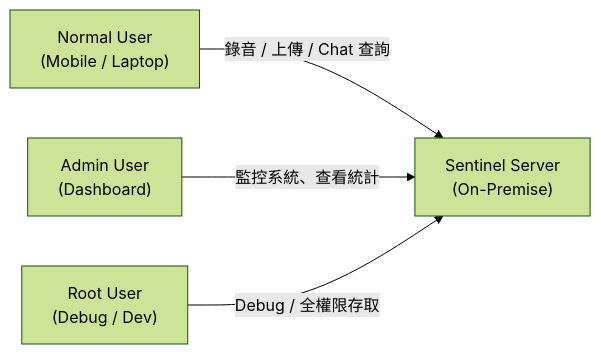
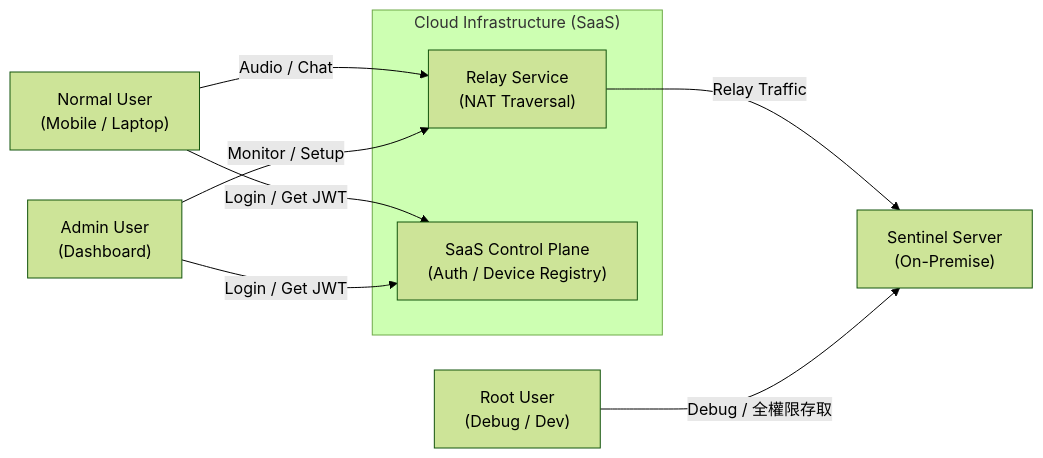
Before and after one commit to marychoucool/sentinelDesign: the diagram in contextDiagram.mmd, drawn with Mermaid (forest theme). The commit also changed 5 other files, not shown here.

Commit message:
decide relay tech. modify container diagram as relay change

```diff
--- a/contextDiagram.mmd
+++ b/contextDiagram.mmd
@@ -1,13 +1,26 @@
 flowchart LR
     %% ===== Users =====
     NormalUser["Normal User<br>(Mobile / Laptop)"]
     AdminUser["Admin User<br>(Dashboard)"]
     RootUser["Root User<br>(Debug / Dev)"]
 
-    %% ===== System =====
+    %% ===== External Cloud Systems =====
+    subgraph Cloud ["Cloud Infrastructure (SaaS)"]
+        RelayService["Relay Service<br>(NAT Traversal)"]
+        SaaSService["SaaS Control Plane<br>(Auth / Device Registry)"]
+    end
+
+    %% ===== On-Premise System =====
     SentinelServer["Sentinel Server<br>(On-Premise)"]
 
-    %% ===== User Interactions =====
-    NormalUser -->|錄音 / 上傳 / Chat 查詢| SentinelServer
-    AdminUser -->|監控系統、查看統計| SentinelServer
+    %% ===== User → SaaS (Auth) =====
+    NormalUser -->|Login / Get JWT| SaaSService
+    AdminUser -->|Login / Get JWT| SaaSService
+
+    %% ===== User → Relay → Server (Data flows) =====
+    NormalUser -->|Audio / Chat| RelayService
+    RelayService -->|Relay Traffic| SentinelServer
+    AdminUser -->|Monitor / Setup| RelayService
+
+    %% ===== Root User Direct =====
     RootUser -->|Debug / 全權限存取| SentinelServer
```
